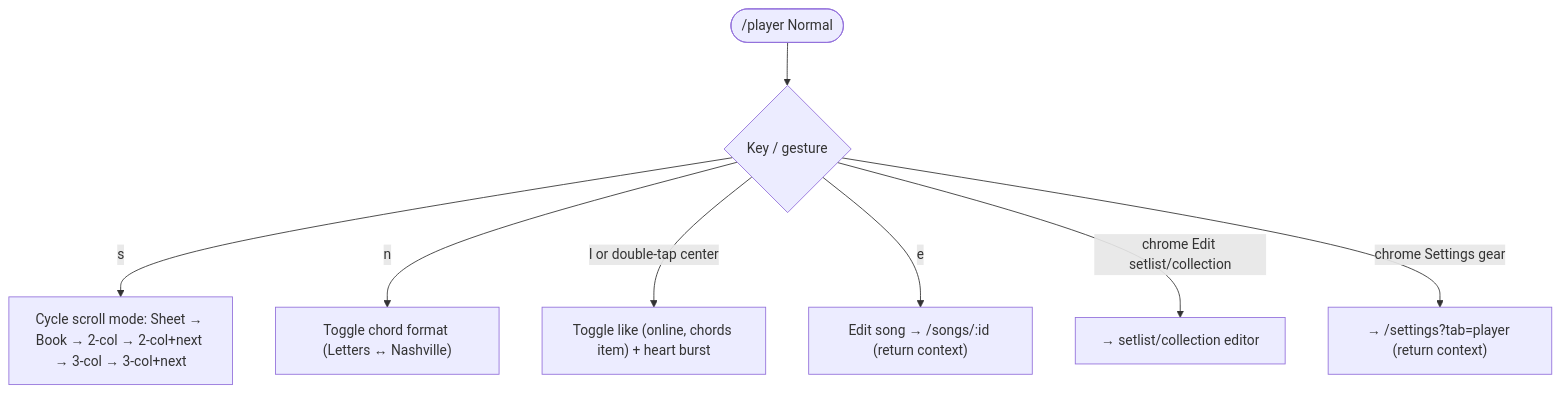
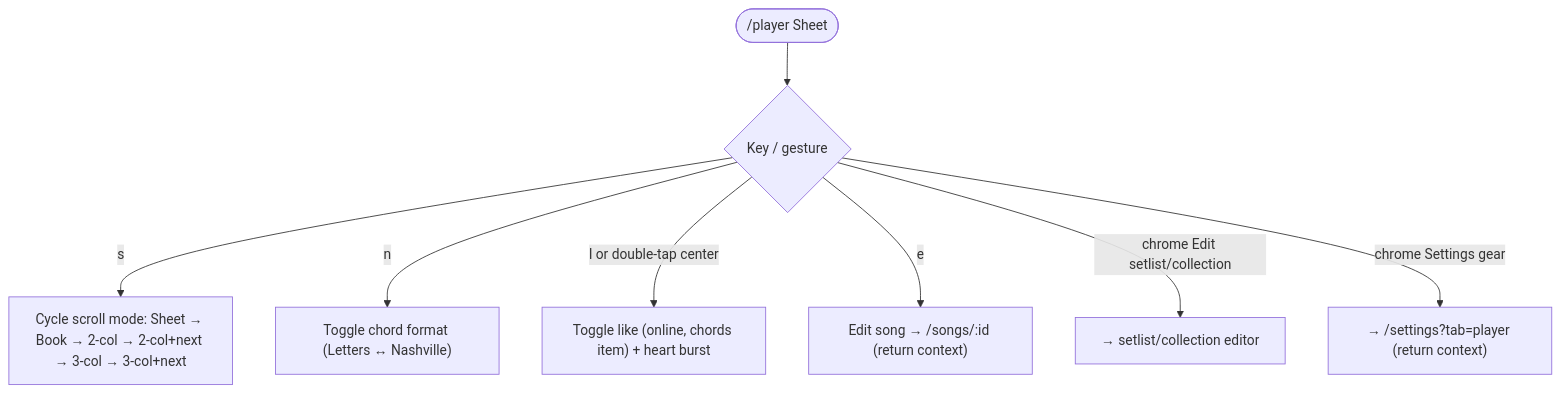
Diagram 35 of 56 in docs/architecture/frontend-user-flows.md (xilefmusics/worship_viewer), drawn with Mermaid before and after one commit. The commit also changed other lines of this file and 39 other files, not shown here.

````diff
--- a/docs/architecture/frontend-user-flows.md
+++ b/docs/architecture/frontend-user-flows.md
@@ -598,10 +598,10 @@
 ```mermaid
 flowchart TD
-    book(["/player Normal"]) --> k{Key / gesture}
+    book(["/player Sheet"]) --> k{Key / gesture}
     k -->|s| scroll["Cycle scroll mode: Sheet → Book → 2-col → 2-col+next → 3-col → 3-col+next"]
     k -->|n| fmt["Toggle chord format (Letters ↔ Nashville)"]
     k -->|l or double-tap center| like["Toggle like (online, chords item) + heart burst"]
     k -->|e| edit["Edit song → /songs/:id (return context)"]
     k -->|chrome Edit setlist/collection| editc["→ setlist/collection editor"]
     k -->|chrome Settings gear| settings["→ /settings?tab=player (return context)"]
 ```
````
